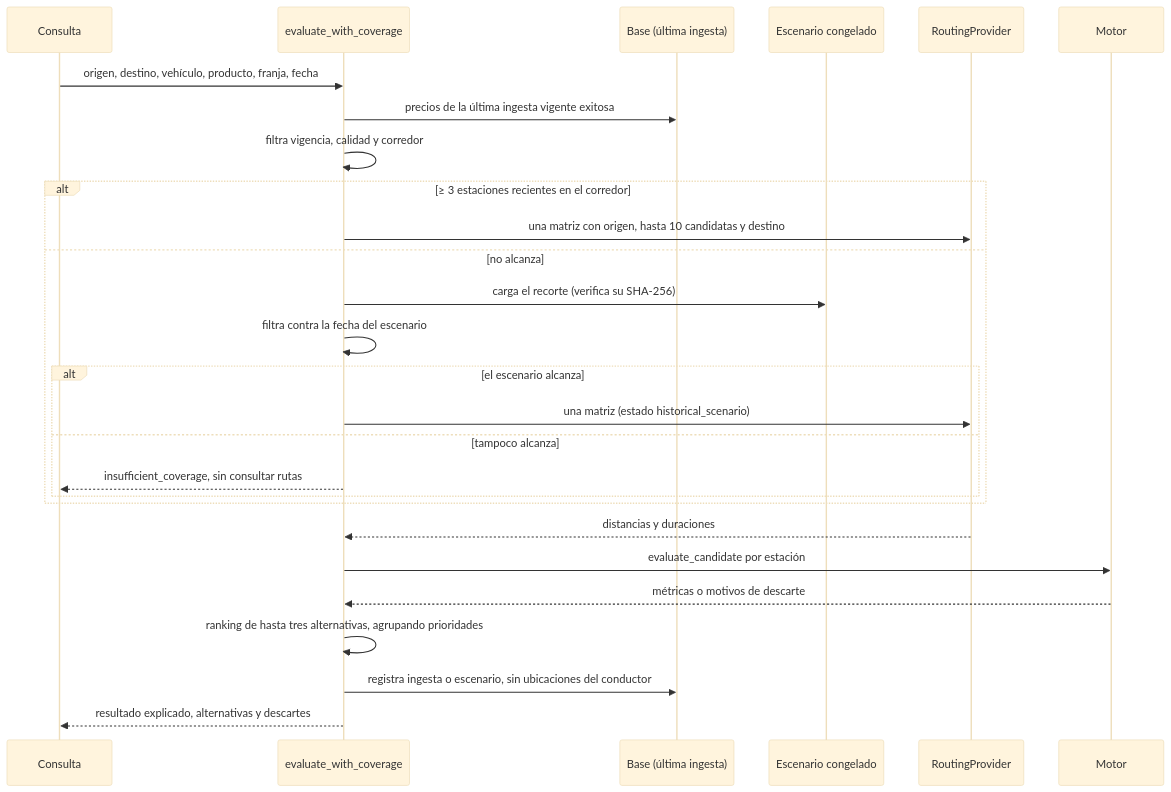
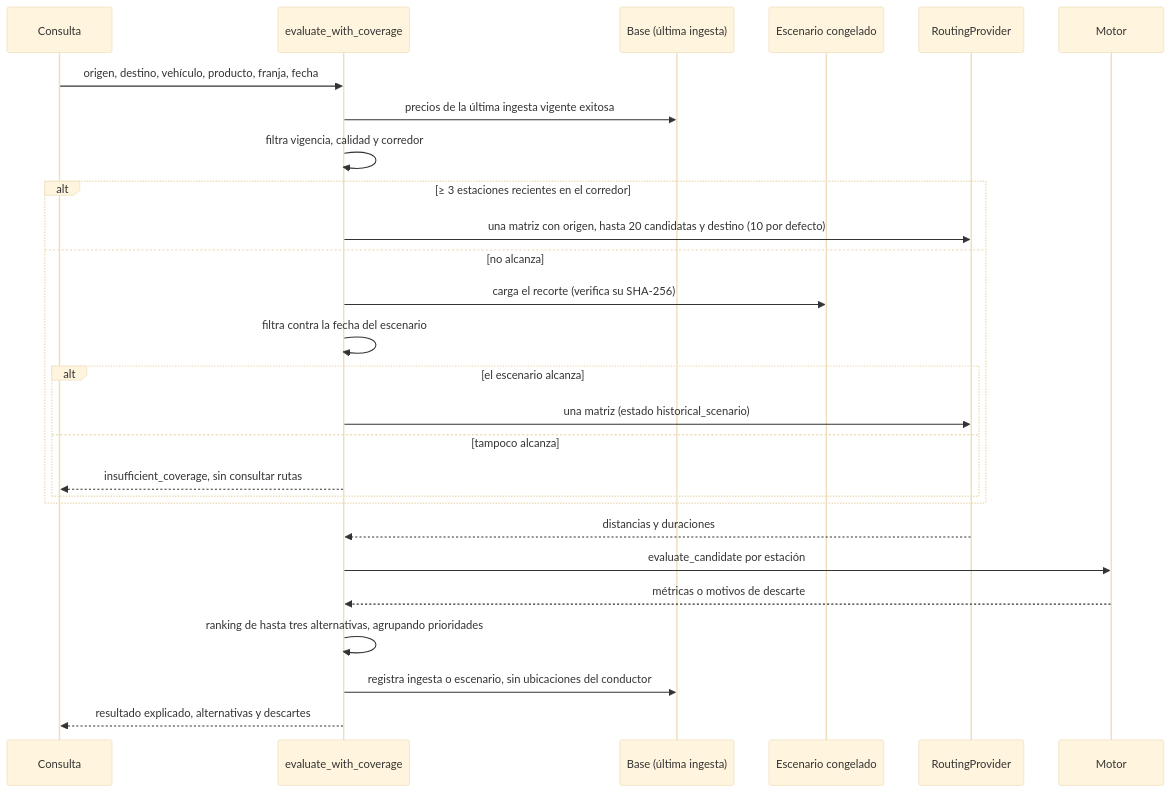
Before and after one commit to estanislaomolina/nafta2go: the second of 3 diagrams in docs/SRD.md, drawn with Mermaid (base theme). The commit also changed other lines of this file and 10 other files, not shown here.

First line of the commit message:
feat(recomendador): admitir hasta veinte candidatas por consulta

````diff
--- a/docs/SRD.md
+++ b/docs/SRD.md
@@ -155,30 +155,30 @@
 ```mermaid
 sequenceDiagram
     participant C as Consulta
     participant A as evaluate_with_coverage
     participant DB as Base (última ingesta)
     participant E as Escenario congelado
     participant R as RoutingProvider
     participant M as Motor
 
     C->>A: origen, destino, vehículo, producto, franja, fecha
     A->>DB: precios de la última ingesta vigente exitosa
     A->>A: filtra vigencia, calidad y corredor
     alt ≥ 3 estaciones recientes en el corredor
-        A->>R: una matriz con origen, hasta 10 candidatas y destino
+        A->>R: una matriz con origen, hasta 20 candidatas y destino (10 por defecto)
     else no alcanza
         A->>E: carga el recorte (verifica su SHA-256)
         A->>A: filtra contra la fecha del escenario
         alt el escenario alcanza
             A->>R: una matriz (estado historical_scenario)
         else tampoco alcanza
             A-->>C: insufficient_coverage, sin consultar rutas
         end
     end
     R-->>A: distancias y duraciones
     A->>M: evaluate_candidate por estación
     M-->>A: métricas o motivos de descarte
     A->>A: ranking de hasta tres alternativas, agrupando prioridades
     A->>DB: registra ingesta o escenario, sin ubicaciones del conductor
     A-->>C: resultado explicado, alternativas y descartes
 ```
````
